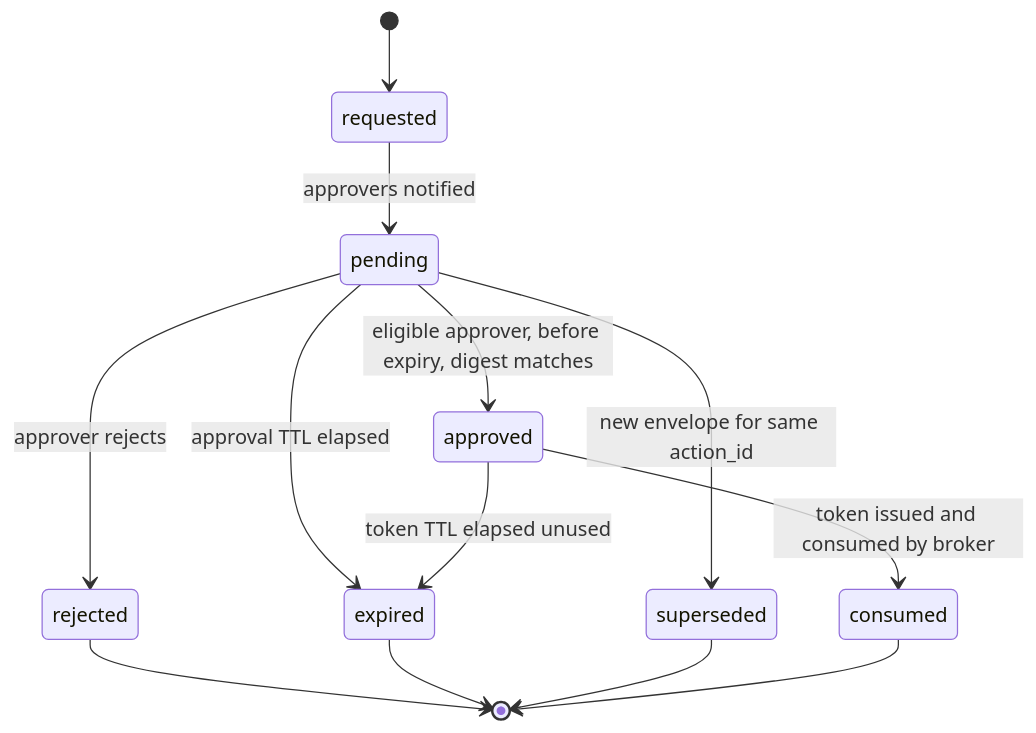
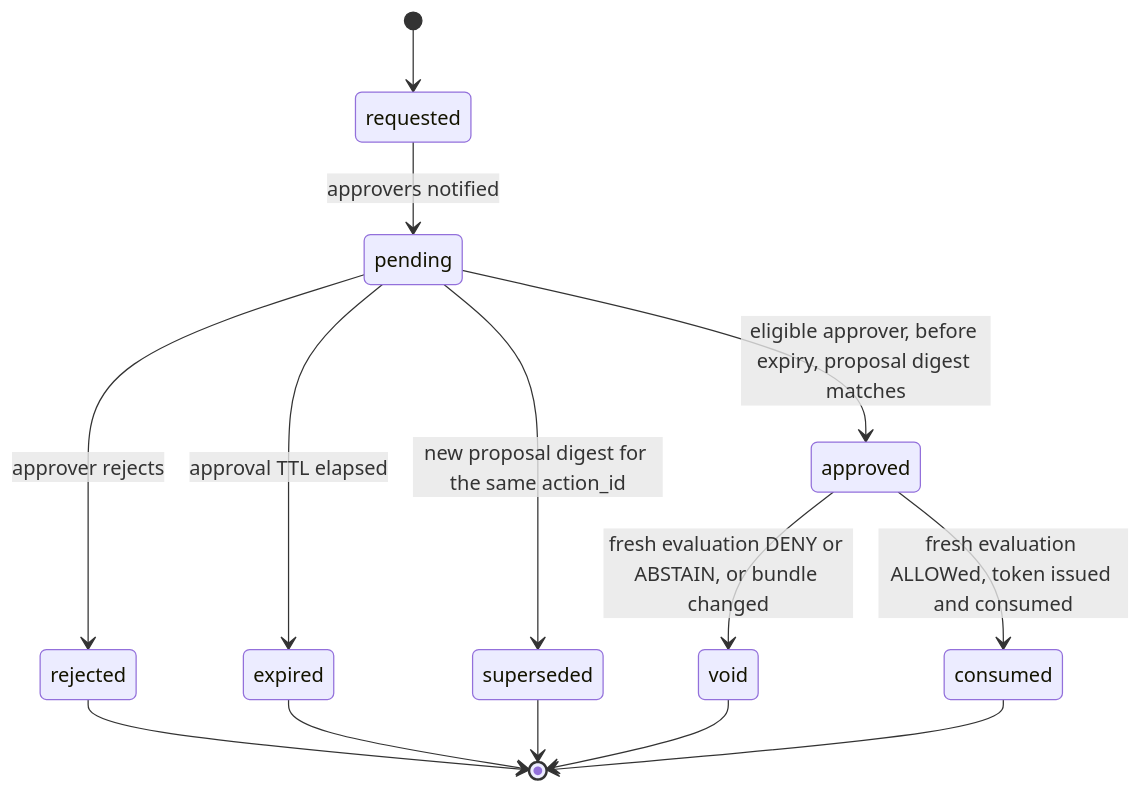
One commit to ianshank/Neuroharness changed the fourth of 4 diagrams in docs/sdd/02-technical-plan.md. Above: the diagram before and after it, drawn with Mermaid. The commit also changed other lines of this file and 24 other files, not shown here.

````diff
--- a/docs/sdd/02-technical-plan.md
+++ b/docs/sdd/02-technical-plan.md
@@ -190,15 +275,16 @@
 ```mermaid
 stateDiagram-v2
   [*] --> requested
   requested --> pending: approvers notified
-  pending --> approved: eligible approver, before expiry, digest matches
+  pending --> approved: eligible approver, before expiry, proposal digest matches
   pending --> rejected: approver rejects
   pending --> expired: approval TTL elapsed
-  pending --> superseded: new envelope for same action_id
-  approved --> consumed: token issued and consumed by broker
-  approved --> expired: token TTL elapsed unused
+  pending --> superseded: new proposal digest for the same action_id
+  approved --> consumed: fresh evaluation ALLOWed, token issued and consumed
+  approved --> void: fresh evaluation DENY or ABSTAIN, or bundle changed
   rejected --> [*]
   expired --> [*]
   superseded --> [*]
+  void --> [*]
   consumed --> [*]
 ```
````
